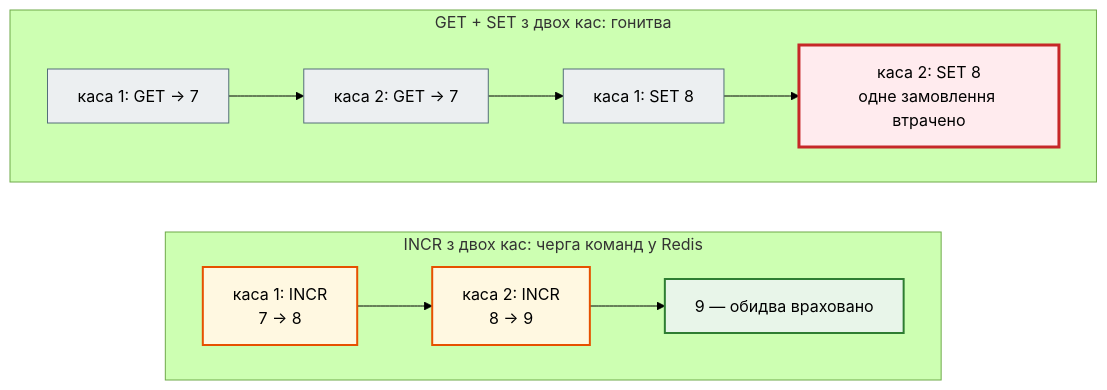
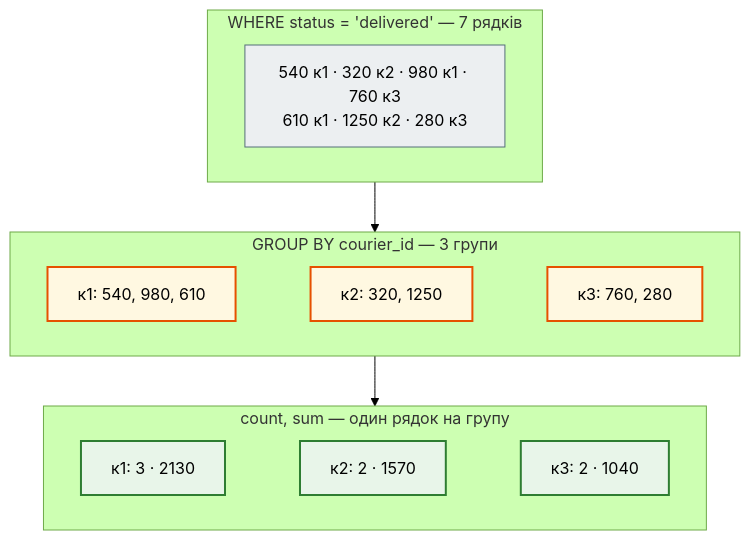
The fourth of 6 diagrams in docs/modules/m3/lesson_30.md (AlinaRadchenko/PY-Course-Victor-Nikoriak-22-09-2026), drawn with Mermaid (forest theme) before and after one commit. The commit also changed other lines of this file and 1846 other files, not shown here.

````diff
--- a/docs/modules/m3/lesson_30.md
+++ b/docs/modules/m3/lesson_30.md
@@ -137,23 +466,26 @@
 ```mermaid
 flowchart TD
     classDef step     fill:#eceff1,stroke:#546e7a,stroke-width:1px;
     classDef decision fill:#e3f2fd,stroke:#1565c0,stroke-width:2px;
     classDef success  fill:#e8f5e9,stroke:#2e7d32,stroke-width:2px;
     classDef error    fill:#ffebee,stroke:#c62828,stroke-width:3px;
     classDef warning  fill:#fff8e1,stroke:#e65100,stroke-width:2px;
 
-    subgraph B["GET + SET з двох кас: гонитва"]
+    subgraph W["WHERE status = 'delivered' — 7 рядків"]
         direction LR
-        B1["каса 1: GET → 7"] --> B2["каса 2: GET → 7"] --> B3["каса 1: SET 8"] --> B4["каса 2: SET 8<br>одне замовлення втрачено"]
+        R["540 к1 · 320 к2 · 980 к1 · 760 к3<br>610 к1 · 1250 к2 · 280 к3"]
     end
-    subgraph G["INCR з двох кас: черга команд у Redis"]
+    subgraph G["GROUP BY courier_id — 3 групи"]
         direction LR
-        G1["каса 1: INCR<br>7 → 8"] --> G2["каса 2: INCR<br>8 → 9"] --> G3["9 — обидва враховано"]
+        G1["к1: 540, 980, 610"] ~~~ G2["к2: 320, 1250"] ~~~ G3["к3: 760, 280"]
     end
-    B ~~~ G
+    subgraph A["count, sum — один рядок на групу"]
+        direction LR
+        A1["к1: 3 · 2130"] ~~~ A2["к2: 2 · 1570"] ~~~ A3["к3: 2 · 1040"]
+    end
+    W --> G --> A
 
-    class B1,B2,B3 step
-    class B4 error
-    class G1,G2 warning
-    class G3 success
+    class R step
+    class G1,G2,G3 warning
+    class A1,A2,A3 success
 ```
````
